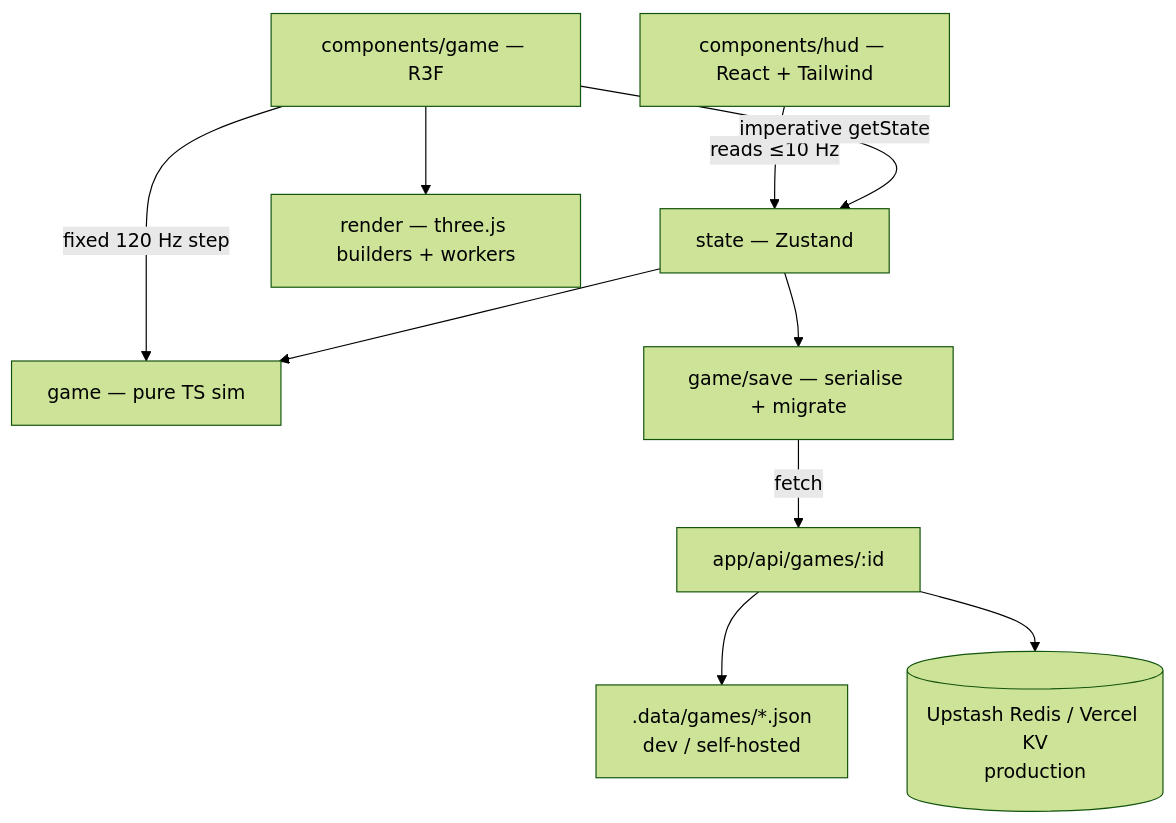
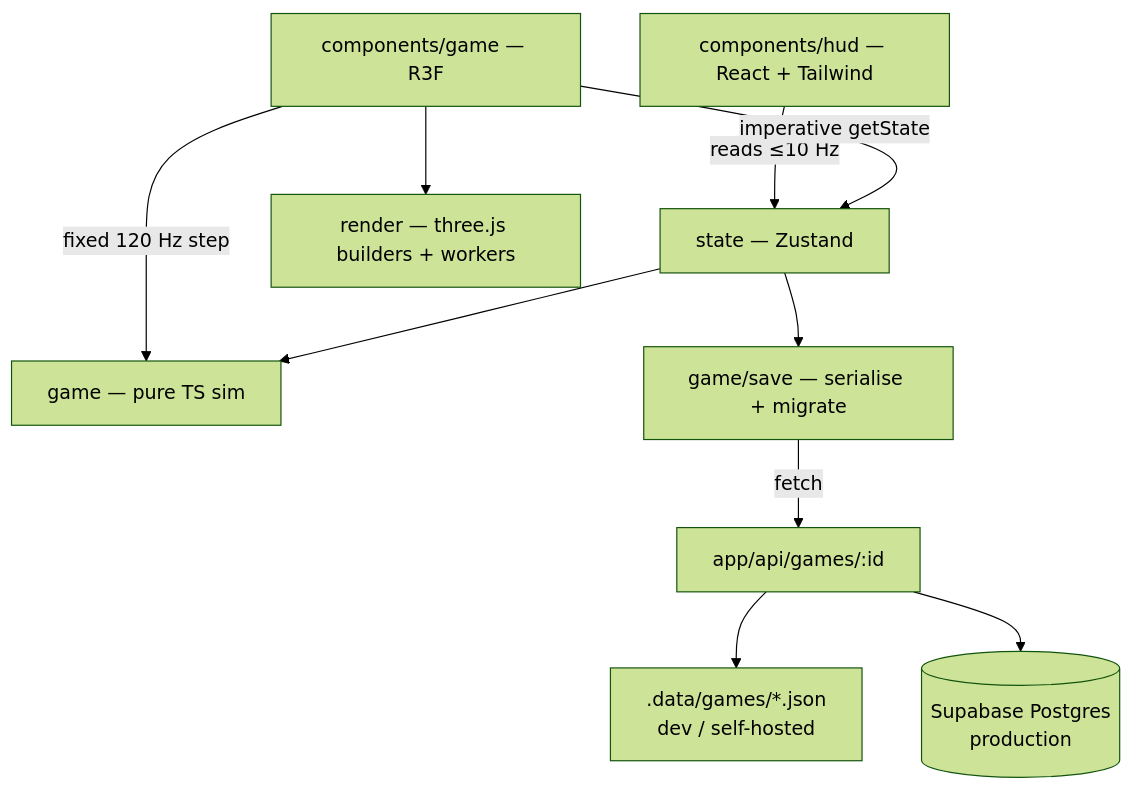
Before and after one commit to luigiht/micro-rally: the first of 3 diagrams in docs/ARCHITECTURE.md, drawn with Mermaid (forest theme). The commit also changed other lines of this file and 8 other files, not shown here.

First line of the commit message:
Online saves on Supabase Postgres instead of Upstash Redis

````diff
--- a/docs/ARCHITECTURE.md
+++ b/docs/ARCHITECTURE.md
@@ -5,12 +5,12 @@
 ```mermaid
 flowchart TD
   UI[components/hud — React + Tailwind] -->|reads ≤10 Hz| Store[state — Zustand]
   Scene[components/game — R3F] -->|imperative getState| Store
   Scene --> Render[render — three.js builders + workers]
   Scene -->|fixed 120 Hz step| Sim[game — pure TS sim]
   Store --> Sim
   Store --> Save[game/save — serialise + migrate]
   Save -->|fetch| API[app/api/games/:id]
   API --> Files[.data/games/*.json\ndev / self-hosted]
-  API --> Redis[(Upstash Redis / Vercel KV\nproduction)]
+  API --> Supabase[(Supabase Postgres\nproduction)]
 ```
````
